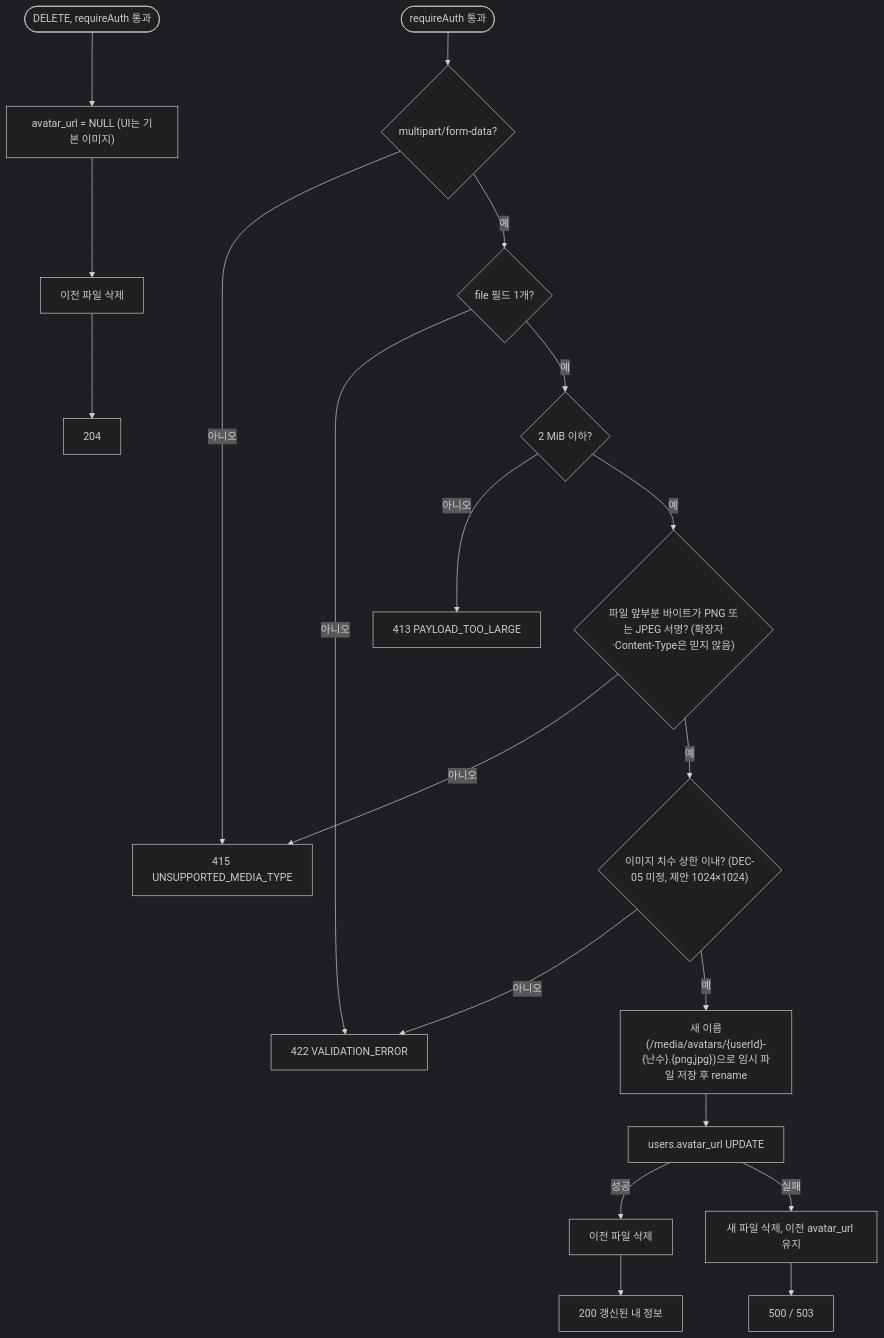
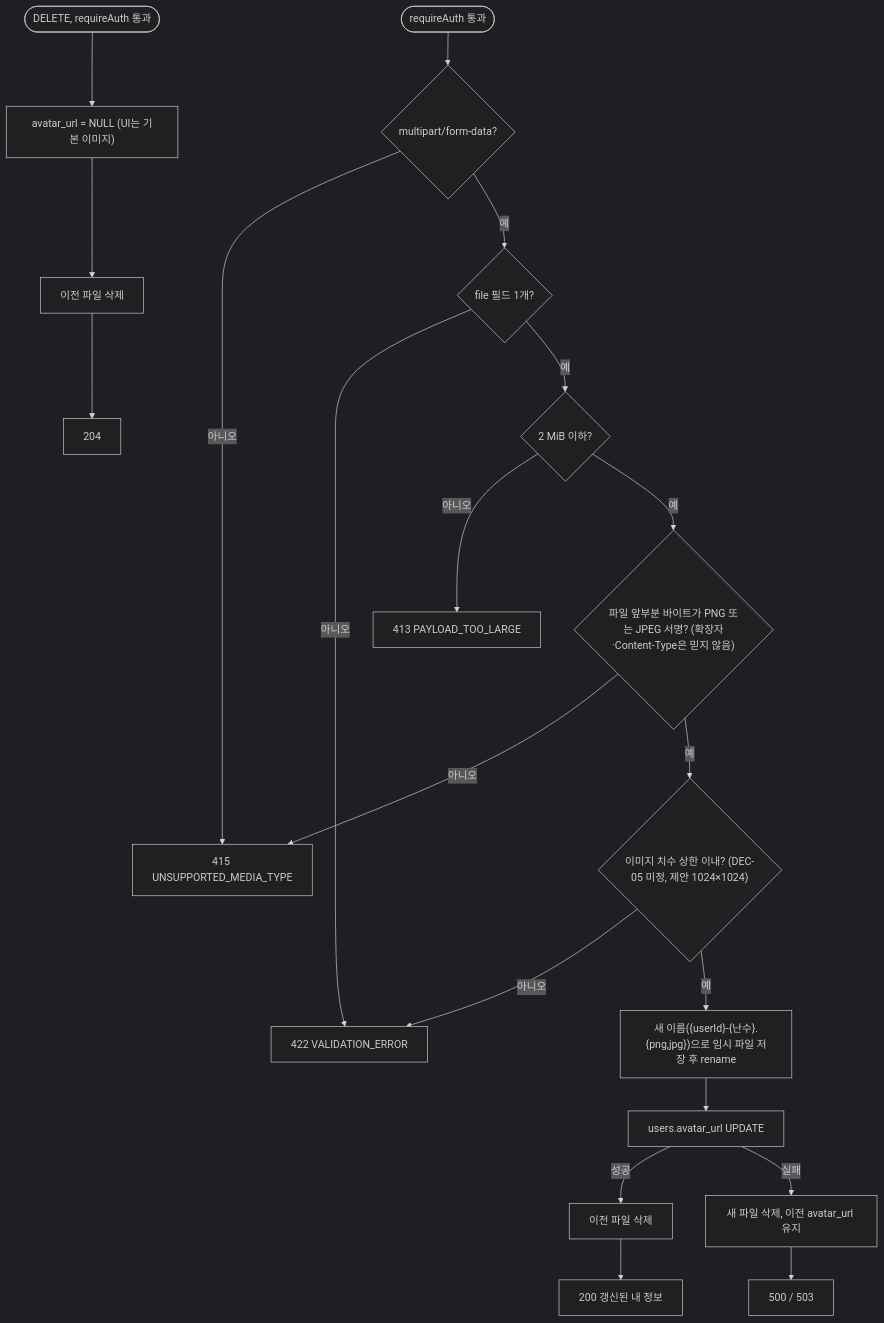
Diagram 49 of 53 in Document/SDS.md (EscapeFromGyeongsan/ft_transcendence), drawn with Mermaid (dark theme) before and after one commit. The commit also changed other lines of this file, not shown here.

````diff
--- a/Document/SDS.md
+++ b/Document/SDS.md
@@ -1792,18 +1796,18 @@
 ```mermaid
 flowchart TD
     S([requireAuth 통과]) --> M{multipart/form-data?}
     M -->|아니오| R415[415 UNSUPPORTED_MEDIA_TYPE]
     M -->|예| F{file 필드 1개?}
     F -->|아니오| R422[422 VALIDATION_ERROR]
     F -->|예| Size{2 MiB 이하?}
     Size -->|아니오| R413[413 PAYLOAD_TOO_LARGE]
     Size -->|예| Magic{"파일 앞부분 바이트가 PNG 또는 JPEG 서명? (확장자·Content-Type은 믿지 않음)"}
     Magic -->|아니오| R415
     Magic -->|예| Dim{"이미지 치수 상한 이내? (DEC-05 미정, 제안 1024×1024)"}
     Dim -->|아니오| R422
-    Dim -->|예| Write["새 이름(/media/avatars/{userId}-{난수}.{png,jpg})으로 임시 파일 저장 후 rename"]
+    Dim -->|예| Write["새 이름({userId}-{난수}.{png,jpg})으로 임시 파일 저장 후 rename"]
     Write --> Up["users.avatar_url UPDATE"]
     Up -->|성공| Old[이전 파일 삭제] --> R200[200 갱신된 내 정보]
     Up -->|실패| Clean[새 파일 삭제, 이전 avatar_url 유지] --> R5xx[500 / 503]
     S2([DELETE, requireAuth 통과]) --> Null["avatar_url = NULL (UI는 기본 이미지)"] --> Del[이전 파일 삭제] --> R204[204]
 ```
````
